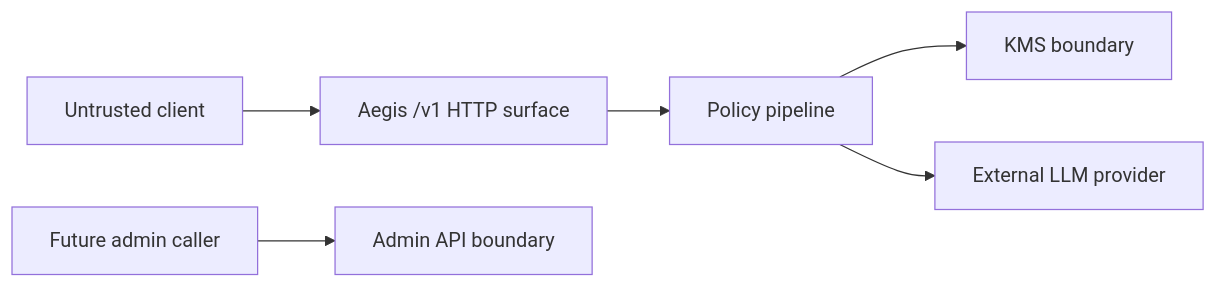
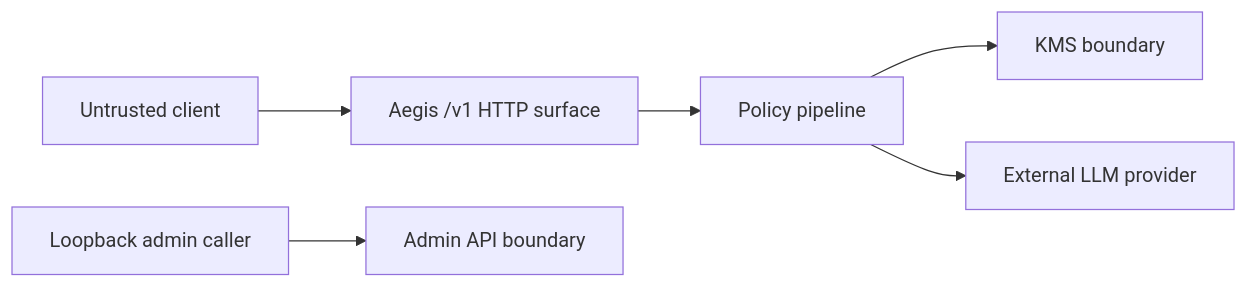
Before and after one commit to yknothing/AegisLLM: the diagram in docs/threat-model.md, drawn with Mermaid. The commit also changed other lines of this file and 115 other files, not shown here.

First line of the commit message:
Add P0 gateway chat, models, failover, and loopback Admin (#3)

````diff
--- a/docs/threat-model.md
+++ b/docs/threat-model.md
@@ -15,8 +15,8 @@
 ```mermaid
 flowchart LR
   Client["Untrusted client"] --> Ingress["Aegis /v1 HTTP surface"]
   Ingress --> Pipeline["Policy pipeline"]
   Pipeline --> KMS["KMS boundary"]
   Pipeline --> Provider["External LLM provider"]
-  Admin["Future admin caller"] --> AdminAPI["Admin API boundary"]
+  Admin["Loopback admin caller"] --> AdminAPI["Admin API boundary"]
 ```
````
